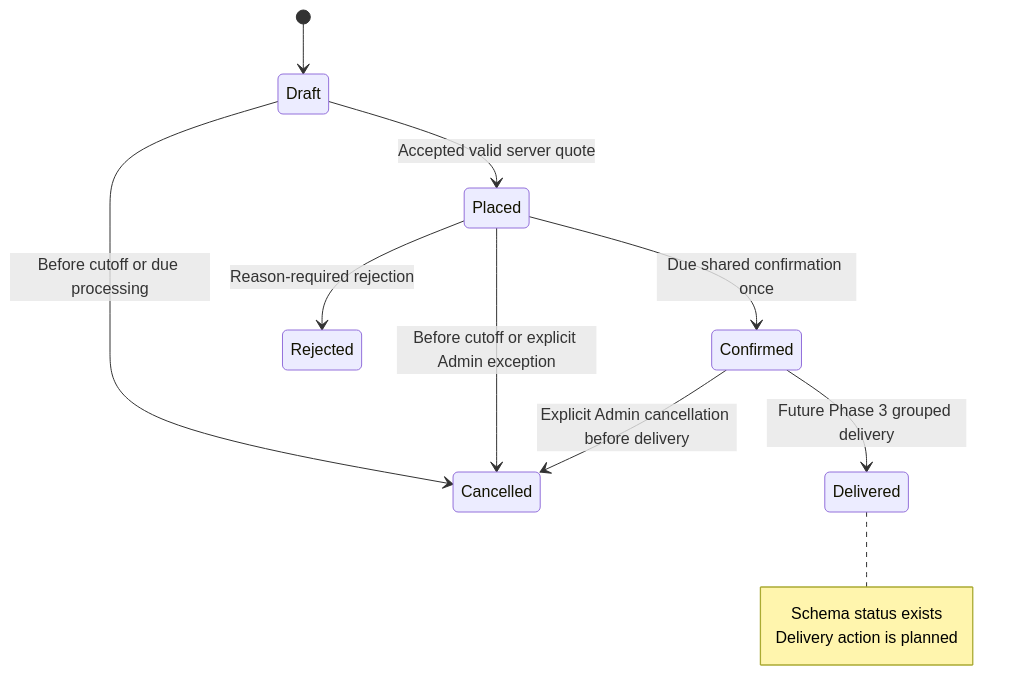
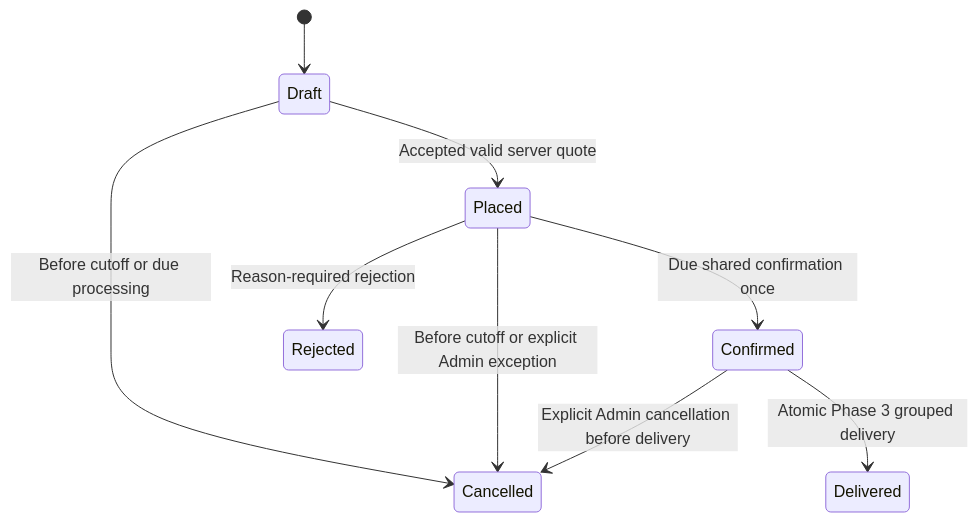
Before and after one commit to dishitabuilds/fernleaf-kitchen: the sixth of 9 diagrams in docs/diagrams.md, drawn with Mermaid. The commit also changed other lines of this file and 59 other files, not shown here.

Commit message:
feat(phase-3): complete kitchen and delivery workflow

````diff
--- a/docs/diagrams.md
+++ b/docs/diagrams.md
@@ -151,15 +151,11 @@
 ```mermaid
 stateDiagram-v2
     [*] --> Draft
     Draft --> Placed: Accepted valid server quote
     Draft --> Cancelled: Before cutoff or due processing
     Placed --> Confirmed: Due shared confirmation once
     Placed --> Cancelled: Before cutoff or explicit Admin exception
     Placed --> Rejected: Reason-required rejection
     Confirmed --> Cancelled: Explicit Admin cancellation before delivery
-    Confirmed --> Delivered: Future Phase 3 grouped delivery
-    note right of Delivered
-        Schema status exists
-        Delivery action is planned
-    end note
+    Confirmed --> Delivered: Atomic Phase 3 grouped delivery
 ```
````
